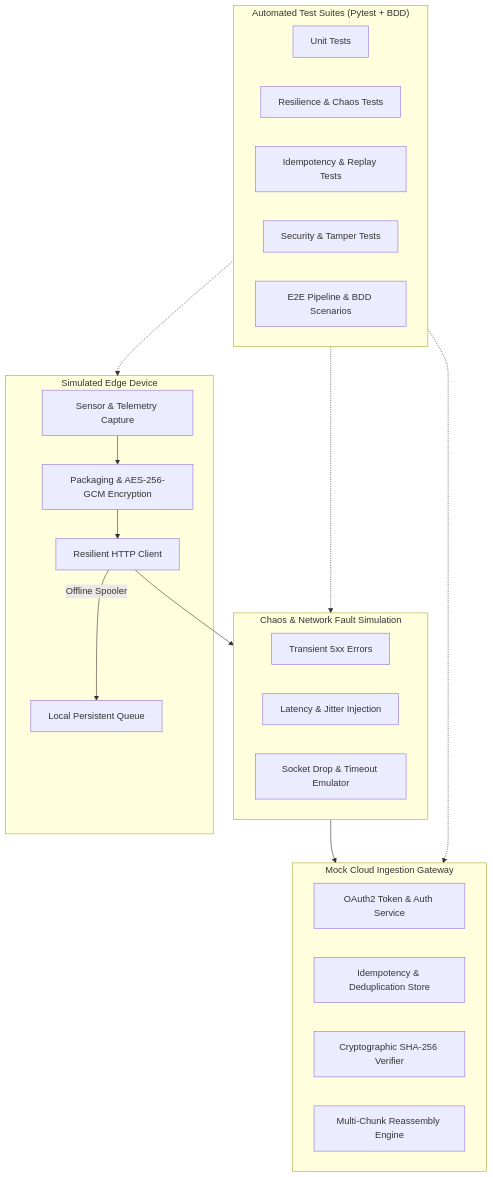
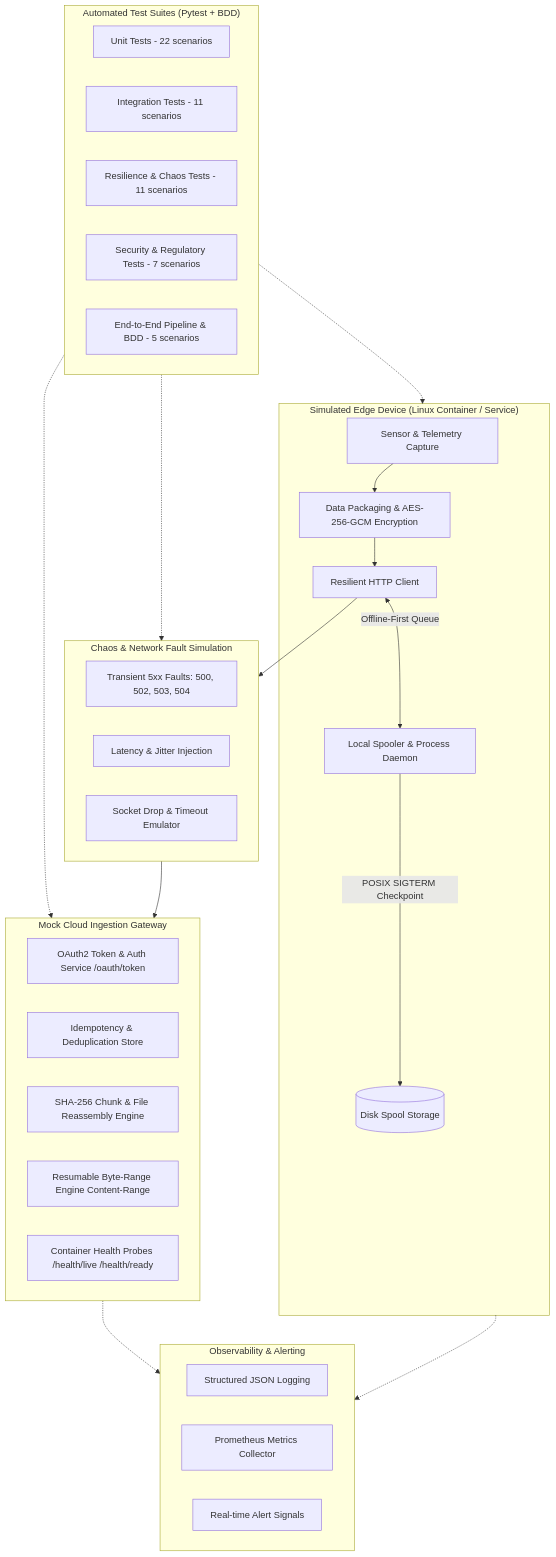
Before and after one commit to LeopoldoIII/edge-cloud-test-automation: the diagram in README.md, drawn with Mermaid. The commit also changed other lines of this file, not shown here.

````diff
--- a/README.md
+++ b/README.md
@@ -11,36 +11,46 @@
 ```mermaid
 flowchart TD
-    subgraph EdgeDevice["Simulated Edge Device"]
-        A[Sensor & Telemetry Capture] --> B[Packaging & AES-256-GCM Encryption]
+    subgraph EdgeDevice["Simulated Edge Device (Linux Container / Service)"]
+        A[Sensor & Telemetry Capture] --> B[Data Packaging & AES-256-GCM Encryption]
         B --> C[Resilient HTTP Client]
-        C -->|Offline Spooler| D[Local Persistent Queue]
+        C <-->|Offline-First Queue| D[Local Spooler & Process Daemon]
+        D -->|POSIX SIGTERM Checkpoint| E[(Disk Spool Storage)]
     end
 
     subgraph ChaosLayer["Chaos & Network Fault Simulation"]
-        E[Transient 5xx Errors]
-        F[Latency & Jitter Injection]
-        G[Socket Drop & Timeout Emulator]
+        F[Transient 5xx Faults: 500, 502, 503, 504]
+        G[Latency & Jitter Injection]
+        H[Socket Drop & Timeout Emulator]
     end
 
     subgraph CloudGateway["Mock Cloud Ingestion Gateway"]
-        H[OAuth2 Token & Auth Service]
-        I[Idempotency & Deduplication Store]
-        J[Cryptographic SHA-256 Verifier]
-        K[Multi-Chunk Reassembly Engine]
+        I[OAuth2 Token & Auth Service /oauth/token]
+        J[Idempotency & Deduplication Store]
+        K[SHA-256 Chunk & File Reassembly Engine]
+        L[Resumable Byte-Range Engine Content-Range]
+        M[Container Health Probes /health/live /health/ready]
+    end
+
+    subgraph ObservabilityLayer["Observability & Alerting"]
+        N[Structured JSON Logging]
+        O[Prometheus Metrics Collector]
+        P[Real-time Alert Signals]
     end
 
     C --> ChaosLayer
     ChaosLayer --> CloudGateway
+    EdgeDevice -.-> ObservabilityLayer
+    CloudGateway -.-> ObservabilityLayer
 
     subgraph TestAutomation["Automated Test Suites (Pytest + BDD)"]
-        L[Unit Tests]
-        M[Resilience & Chaos Tests]
-        N[Idempotency & Replay Tests]
-        O[Security & Tamper Tests]
-        P[E2E Pipeline & BDD Scenarios]
+        Q[Unit Tests - 22 scenarios]
+        R[Integration Tests - 11 scenarios]
+        S[Resilience & Chaos Tests - 11 scenarios]
+        T[Security & Regulatory Tests - 7 scenarios]
+        U[End-to-End Pipeline & BDD - 5 scenarios]
     end
 
     TestAutomation -.-> EdgeDevice
     TestAutomation -.-> ChaosLayer
     TestAutomation -.-> CloudGateway
 ```
````
